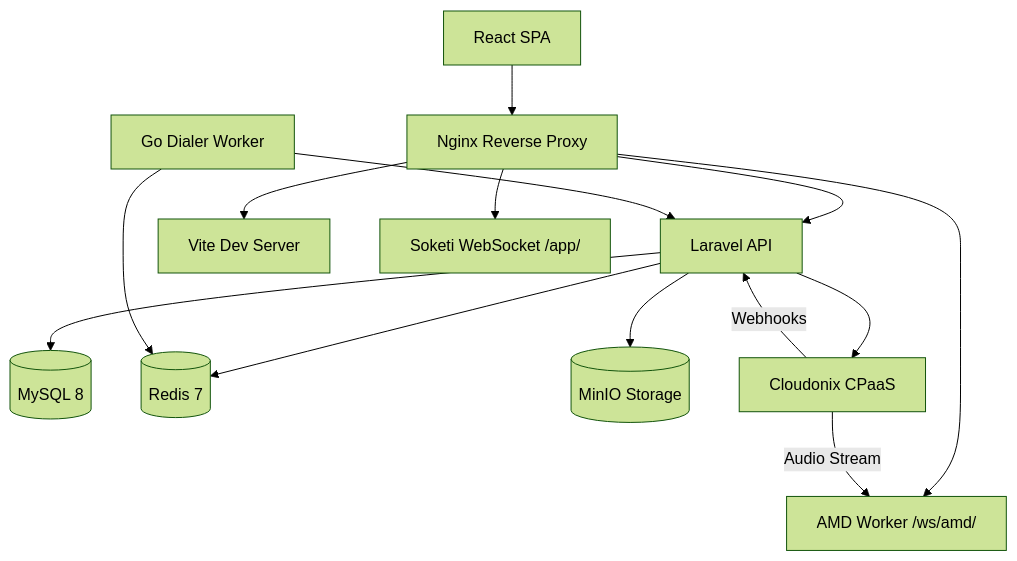
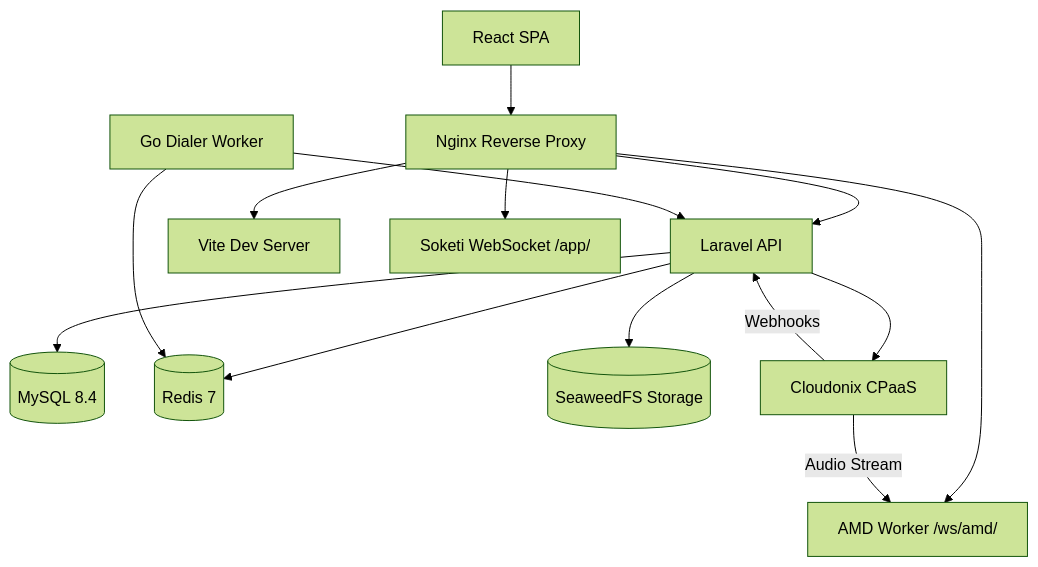
Before and after one commit to greenfieldtech-nirs/opbx: the diagram in docs/opbx-userguide/index.mdx, drawn with Mermaid (forest theme). The commit also changed other lines of this file and 10 other files, not shown here.

Commit message:
docs(infra): replace MinIO and MySQL 8.0 references in README and user guide

````diff
--- a/docs/opbx-userguide/index.mdx
+++ b/docs/opbx-userguide/index.mdx
@@ -38,16 +38,16 @@
 ```mermaid
 graph TB
     Browser[React SPA] --> Nginx[Nginx Reverse Proxy]
     Nginx --> Laravel[Laravel API]
     Nginx --> Frontend[Vite Dev Server]
     Nginx --> Soketi[Soketi WebSocket /app/]
     Nginx --> AMD[AMD Worker /ws/amd/]
-    Laravel --> MySQL[(MySQL 8)]
+    Laravel --> MySQL[(MySQL 8.4)]
     Laravel --> Redis[(Redis 7)]
-    Laravel --> MinIO[(MinIO Storage)]
+    Laravel --> SeaweedFS[(SeaweedFS Storage)]
     Laravel --> Cloudonix[Cloudonix CPaaS]
     GoWorker[Go Dialer Worker] --> Laravel
     GoWorker --> Redis
     Cloudonix --> |Webhooks| Laravel
     Cloudonix --> |Audio Stream| AMD
 ```
````
